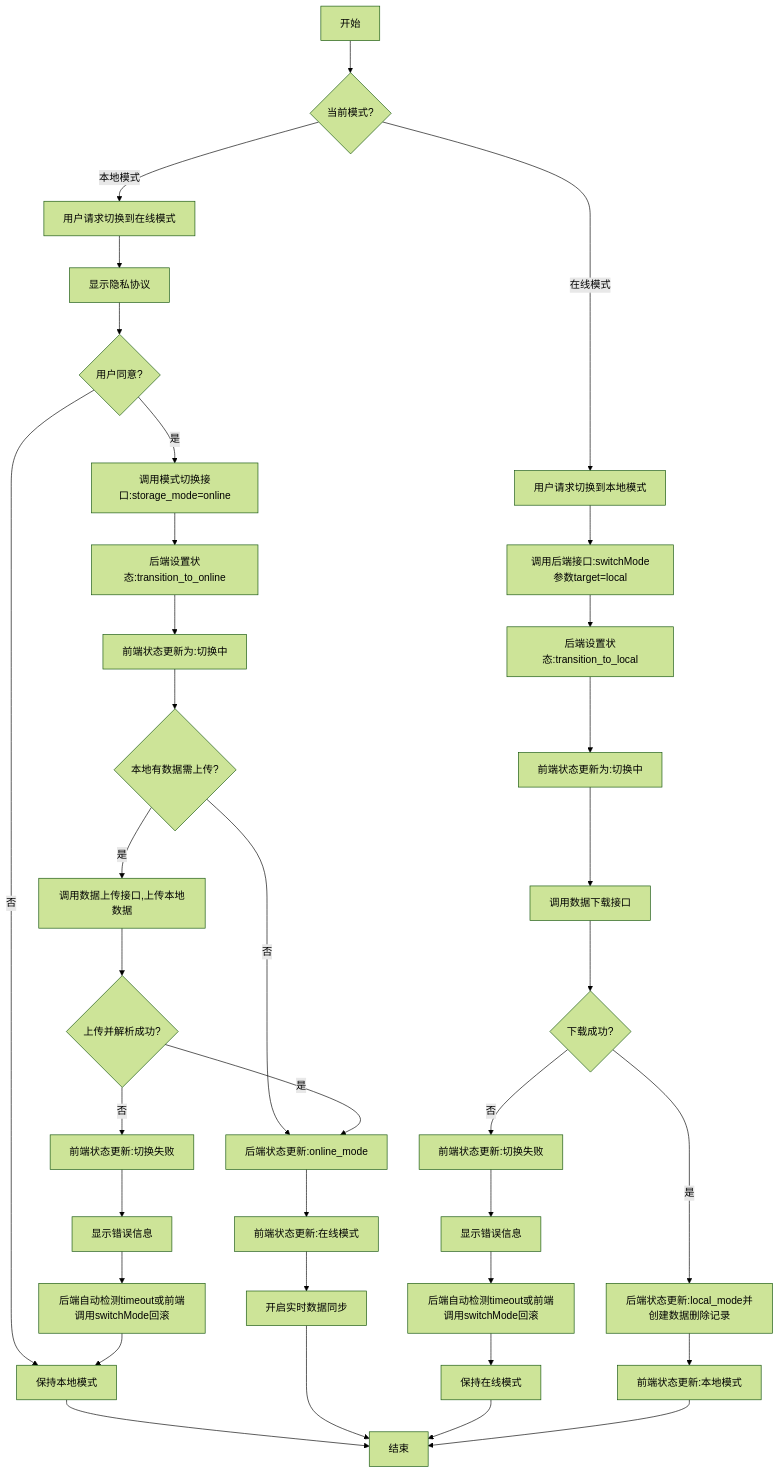
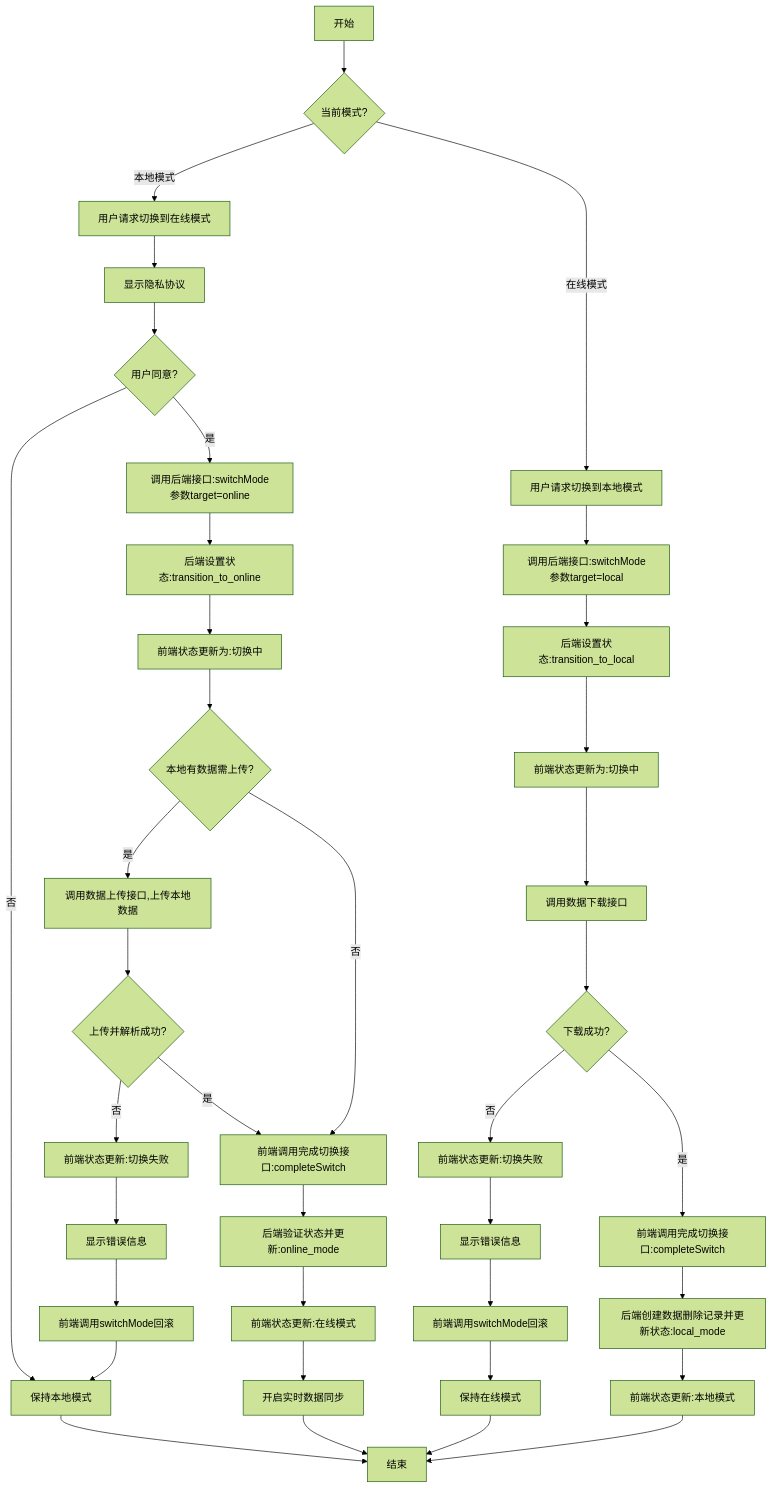
The diagram in all/未命名-58.md (yingjianzh/iodraw-files), drawn with Mermaid (forest theme) before and after one commit.

Commit message:
2025-05-14 10:32:54 update

````diff
--- a/all/未命名-58.md
+++ b/all/未命名-58.md
@@ -1,48 +1,51 @@
 ```mermaid
 flowchart TD
     A[开始] --> B{当前模式?}
     
     %% 本地模式转在线模式
     B -->|本地模式| C[用户请求切换到在线模式]
     C --> D[显示隐私协议]
     D --> E{用户同意?}
     E -->|否| F[保持本地模式]
     F --> Z[结束]
     
-    E -->|是| G[调用模式切换接口:storage_mode=online]
+    E -->|是| G[调用后端接口:switchMode参数target=online]
     G --> H[后端设置状态:transition_to_online]
     H --> I[前端状态更新为:切换中]
     
     I --> J{本地有数据需上传?}
-    J -->|否| T
     
     J -->|是| L[调用数据上传接口,上传本地数据]
     L --> M{上传并解析成功?}
     M -->|否| O[前端状态更新:切换失败]
     O --> P[显示错误信息]
-    P --> Q[后端自动检测timeout或前端调用switchMode回滚]
+    P --> Q[前端调用switchMode回滚]
     Q --> F
     
-    M -->|是| T[后端状态更新:online_mode]
-    T --> U[前端状态更新:在线模式]
-    U --> V[开启实时数据同步]
-    V --> Z
+    J -->|否| R[前端调用完成切换接口:completeSwitch]
+    M -->|是| R
+    
+    R --> S[后端验证状态并更新:online_mode]
+    S --> T[前端状态更新:在线模式]
+    T --> U[开启实时数据同步]
+    U --> Z
     
     %% 在线模式转本地模式
-    B -->|在线模式| W[用户请求切换到本地模式]
-    W --> X[调用后端接口:switchMode参数target=local]
-    X --> Y[后端设置状态:transition_to_local]
-    Y --> AA[前端状态更新为:切换中]
+    B -->|在线模式| V[用户请求切换到本地模式]
+    V --> W[调用后端接口:switchMode参数target=local]
+    W --> X[后端设置状态:transition_to_local]
+    X --> Y[前端状态更新为:切换中]
     
-    AA --> AB[调用数据下载接口]
-    AB --> AC{下载成功?}
-    AC -->|否| AE[前端状态更新:切换失败]
-    AE --> AF[显示错误信息]
-    AF --> AG[后端自动检测timeout或前端调用switchMode回滚]
-    AG --> AH[保持在线模式]
+    Y --> Z1[调用数据下载接口]
+    Z1 --> AA{下载成功?}
+    AA -->|否| AB[前端状态更新:切换失败]
+    AB --> AC[显示错误信息]
+    AC --> AD[前端调用switchMode回滚]
+    AD --> AE[保持在线模式]
+    AE --> Z
+    
+    AA -->|是| AF[前端调用完成切换接口:completeSwitch]
+    AF --> AG[后端创建数据删除记录并更新状态:local_mode]
+    AG --> AH[前端状态更新:本地模式]
     AH --> Z
-    
-    AC -->|是| AI[后端状态更新:local_mode并创建数据删除记录]
-    AI --> AJ[前端状态更新:本地模式]
-    AJ --> Z
 ```
````
